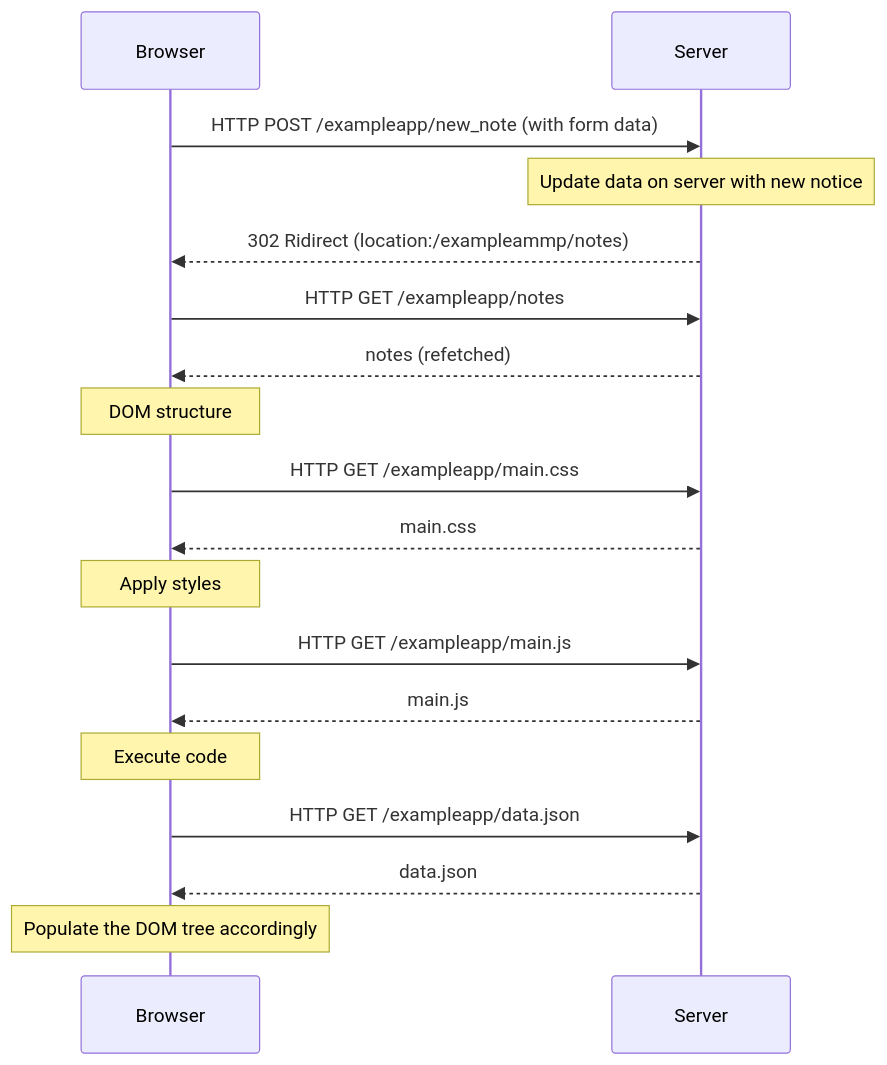
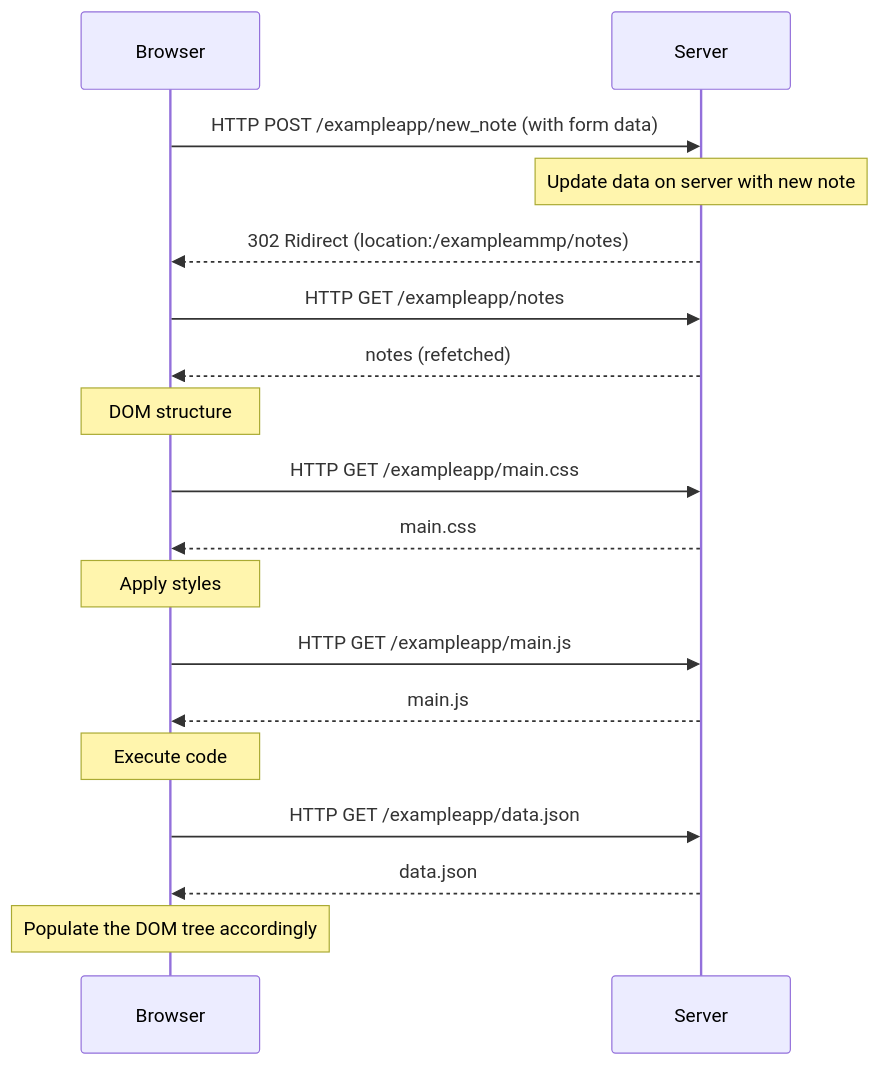
Before and after one commit to znss1989/fullstack-open: the diagram in part0/0-4-create-new-note.md, drawn with Mermaid. The commit also changed 1 other file, not shown here.

Commit message:
exercise 0.6 create new note in spa

````diff
--- a/part0/0-4-create-new-note.md
+++ b/part0/0-4-create-new-note.md
@@ -1,18 +1,18 @@
 ```mermaid
 sequenceDiagram
 Browser->>Server: HTTP POST /exampleapp/new_note (with form data)
-note over Server: Update data on server with new notice
+note over Server: Update data on server with new note
 Server-->>Browser: 302 Ridirect (location:/exampleammp/notes)
 Browser->>Server: HTTP GET /exampleapp/notes
 Server-->>Browser: notes (refetched)
 note over Browser: DOM structure
 Browser->>Server: HTTP GET /exampleapp/main.css
 Server-->>Browser: main.css
 note over Browser: Apply styles
 Browser->>Server: HTTP GET /exampleapp/main.js
 Server-->>Browser: main.js
 note over Browser: Execute code
 Browser->>Server: HTTP GET /exampleapp/data.json
 Server-->>Browser: data.json
 note over Browser: Populate the DOM tree accordingly
 ```
````
